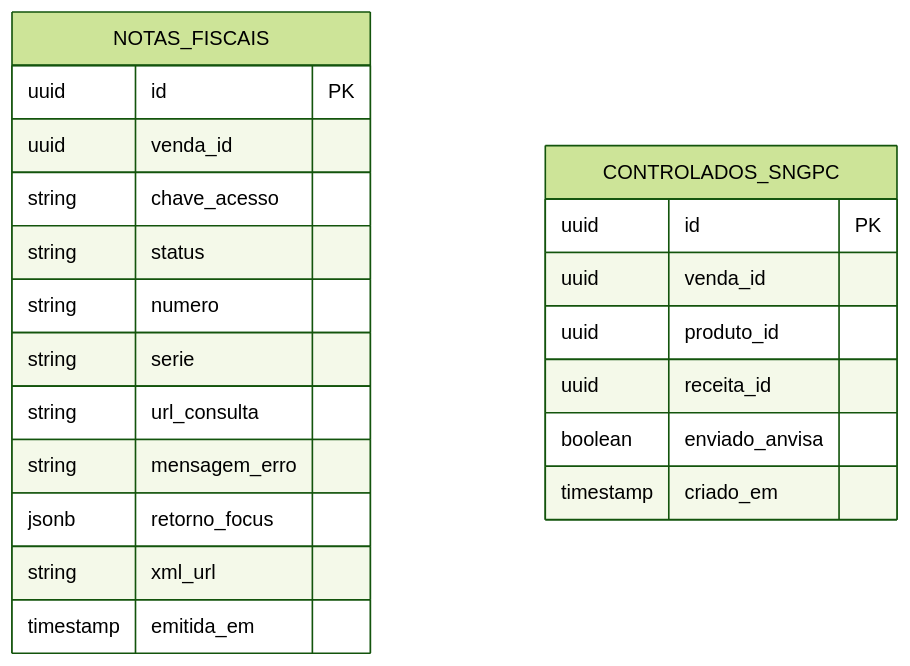
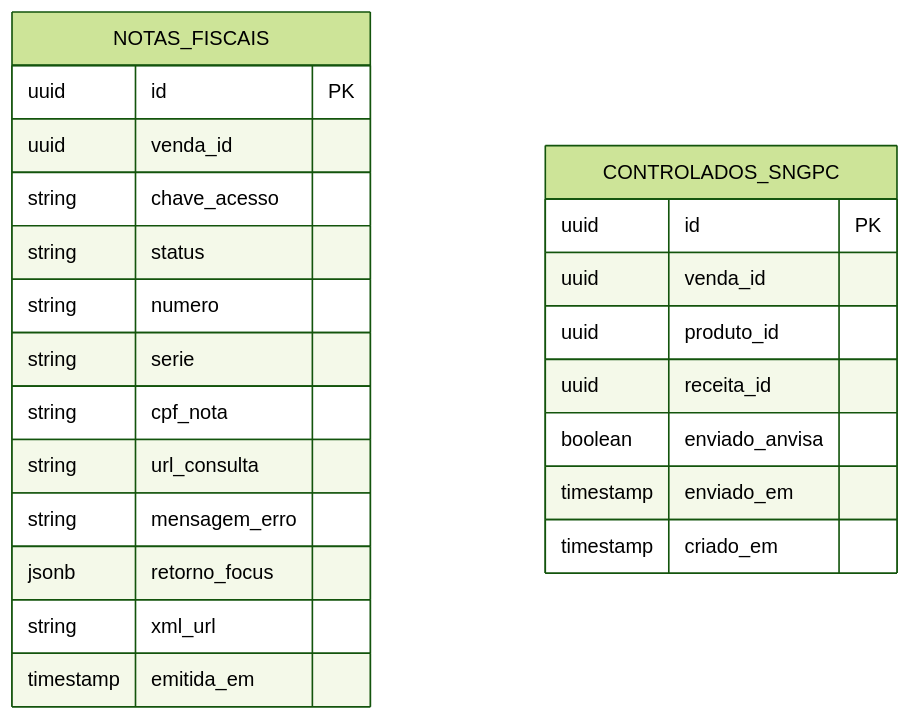
One commit to EduFerreira13/Arkos-Farmacia changed the fifth of 6 diagrams in docs/MODELO-DADOS.md. Above: the diagram before and after it, drawn with Mermaid (forest theme). The commit also changed other lines of this file, not shown here.

First line of the commit message:
docs: sincroniza MODELO-DADOS.md com o schema real do banco

````diff
--- a/docs/MODELO-DADOS.md
+++ b/docs/MODELO-DADOS.md
@@ -198,24 +294,26 @@
 ```mermaid
 erDiagram
   NOTAS_FISCAIS {
     uuid id PK
     uuid venda_id
     string chave_acesso
     string status
     string numero
     string serie
+    string cpf_nota
     string url_consulta
     string mensagem_erro
     jsonb retorno_focus
     string xml_url
     timestamp emitida_em
   }
   CONTROLADOS_SNGPC {
     uuid id PK
     uuid venda_id
     uuid produto_id
     uuid receita_id
     boolean enviado_anvisa
+    timestamp enviado_em
     timestamp criado_em
   }
 ```
````
